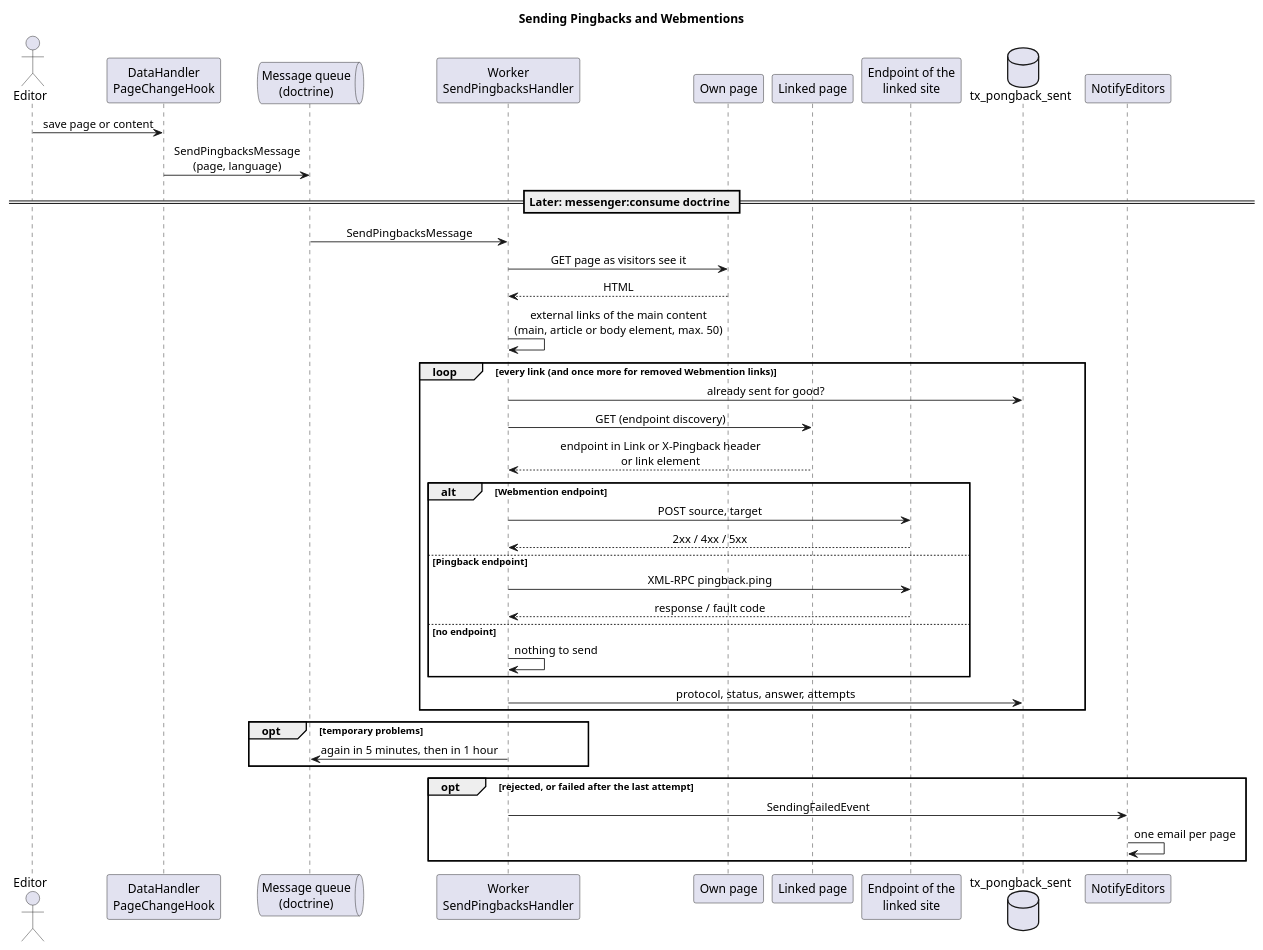
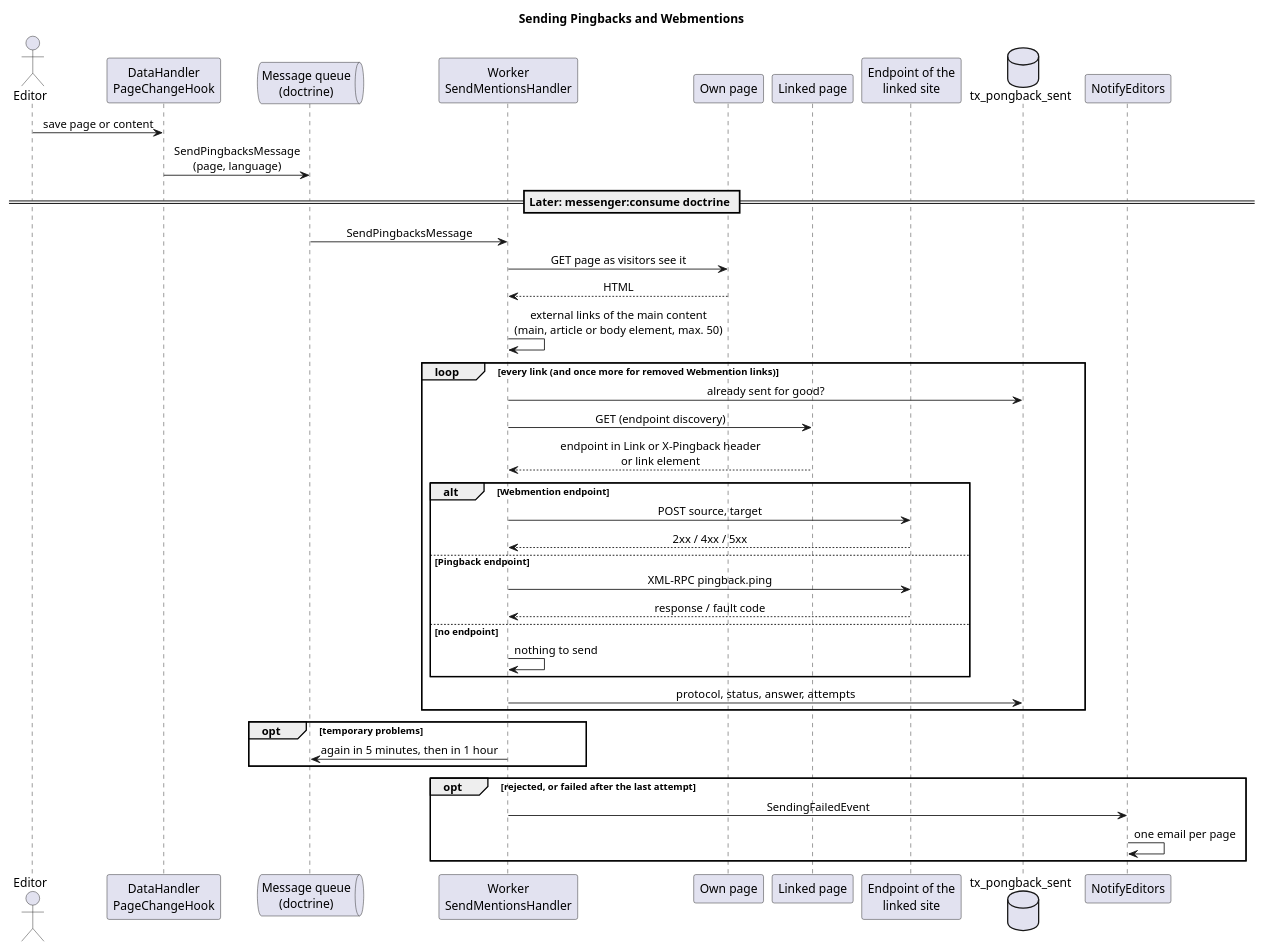
One commit to Nimmermaer/pongback changed the diagram in Documentation/Images/Plantuml/sending.plantuml. Above: the diagram before and after it, drawn with PlantUML. The commit also changed 65 other files, not shown here.

```diff
--- a/Documentation/Images/Plantuml/sending.plantuml
+++ b/Documentation/Images/Plantuml/sending.plantuml
@@ -1,49 +1,49 @@
 @startuml
 title Sending Pingbacks and Webmentions
 skinparam shadowing false
 skinparam sequenceMessageAlign center
 
 actor Editor
 participant "DataHandler\nPageChangeHook" as Hook
 queue "Message queue\n(doctrine)" as Queue
-participant "Worker\nSendPingbacksHandler" as Worker
+participant "Worker\nSendMentionsHandler" as Worker
 participant "Own page" as Page
 participant "Linked page" as Target
 participant "Endpoint of the\nlinked site" as Endpoint
 database "tx_pongback_sent" as Log
 participant "NotifyEditors" as Mail
 
 Editor -> Hook : save page or content
 Hook -> Queue : SendPingbacksMessage\n(page, language)
 
 == Later: messenger:consume doctrine ==
 
 Queue -> Worker : SendPingbacksMessage
 Worker -> Page : GET page as visitors see it
 Page --> Worker : HTML
 Worker -> Worker : external links of the main content\n(main, article or body element, max. 50)
 
 loop every link (and once more for removed Webmention links)
   Worker -> Log : already sent for good?
   Worker -> Target : GET (endpoint discovery)
   Target --> Worker : endpoint in Link or X-Pingback header\nor link element
   alt Webmention endpoint
     Worker -> Endpoint : POST source, target
     Endpoint --> Worker : 2xx / 4xx / 5xx
   else Pingback endpoint
     Worker -> Endpoint : XML-RPC pingback.ping
     Endpoint --> Worker : response / fault code
   else no endpoint
     Worker -> Worker : nothing to send
   end
   Worker -> Log : protocol, status, answer, attempts
 end
 
 opt temporary problems
   Worker -> Queue : again in 5 minutes, then in 1 hour
 end
 opt rejected, or failed after the last attempt
   Worker -> Mail : SendingFailedEvent
   Mail -> Mail : one email per page
 end
 @enduml
```
